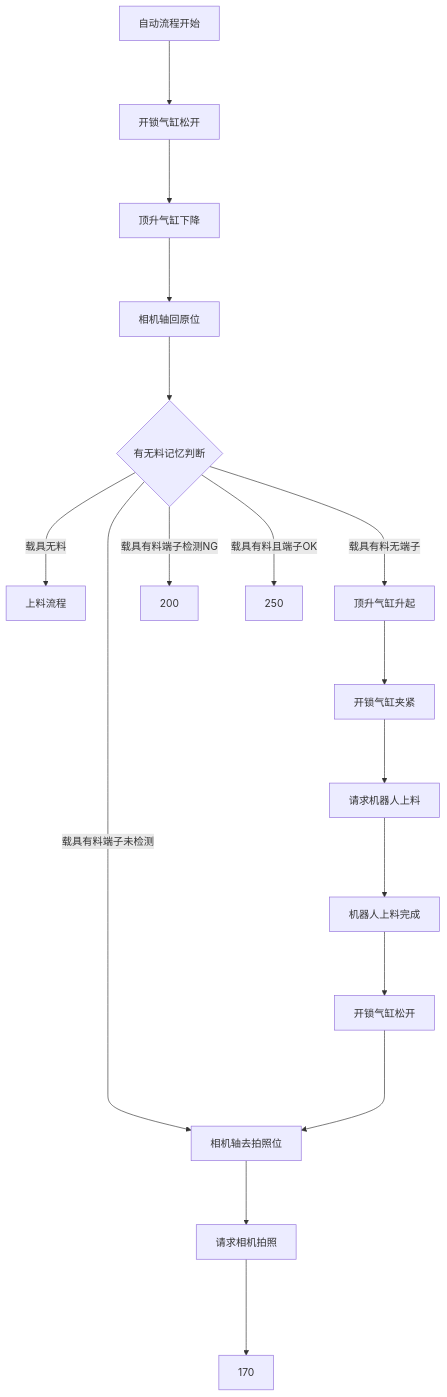
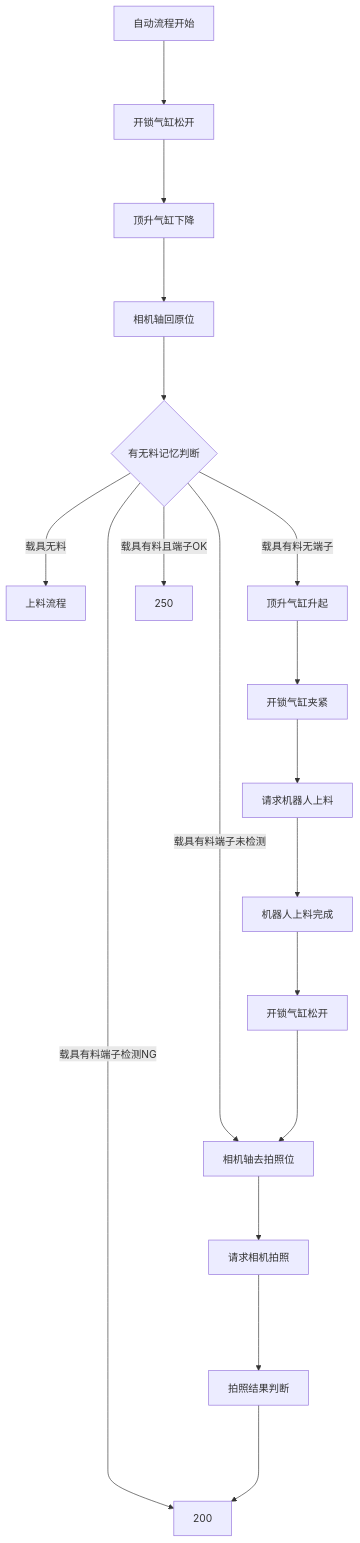
Before and after one commit to zmq000/iodraw-files: the diagram in all/OP70工位4左端子上料.md, drawn with Mermaid.

Commit message:
2026-06-17 17:29:34 update

````diff
--- a/all/OP70工位4左端子上料.md
+++ b/all/OP70工位4左端子上料.md
@@ -1,21 +1,21 @@
 ```mermaid
 graph TD
 自动流程开始--->10
 10[开锁气缸松开]--->20
 20[顶升气缸下降]--->30
 30[相机轴回原位]--->40
 40{有无料记忆判断}--->|载具无料|50
 40--->|载具有料无端子|100
 40--->|载具有料端子未检测|150
 40--->|载具有料端子检测NG|200
 40--->|载具有料且端子OK|250
 50[上料流程]
 100[顶升气缸升起]--->110
 110[开锁气缸夹紧]--->120
 120[请求机器人上料]--->130
 130[机器人上料完成]--->140
 140[开锁气缸松开]---->150
 150[相机轴去拍照位]--->160
 160[请求相机拍照]---->170
-170
+170[拍照结果判断]---->200
 ```
````
